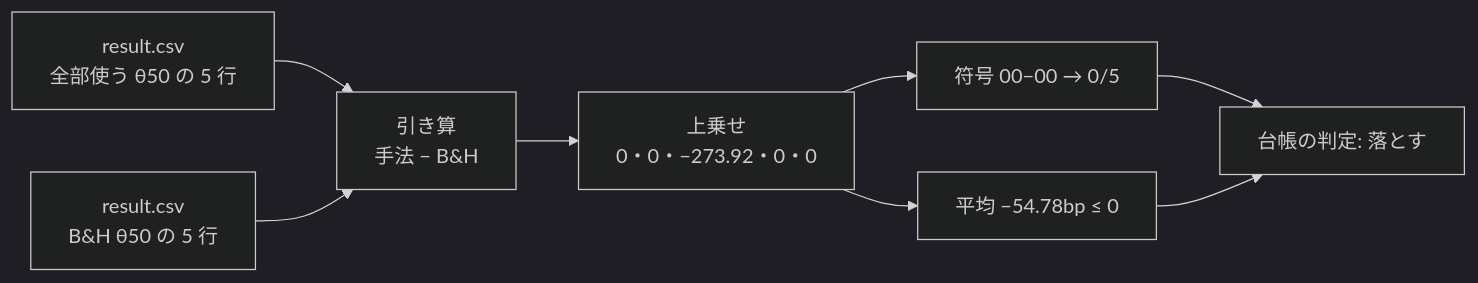
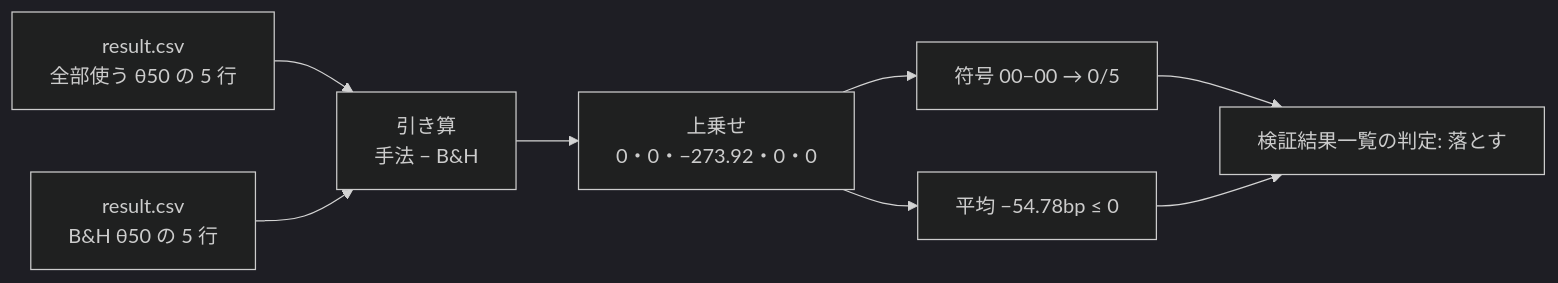
One commit to akiraak/ai-income-lab changed the eighth of 9 diagrams in docs/specs/experiments/feature-discovery/units.md. Above: the diagram before and after it, drawn with Mermaid (dark theme). The commit also changed other lines of this file and 52 other files, not shown here.

````diff
--- a/docs/specs/experiments/feature-discovery/units.md
+++ b/docs/specs/experiments/feature-discovery/units.md
@@ -278,10 +278,10 @@
 ```mermaid
 flowchart LR
   M["result.csv<br/>全部使う θ50 の 5 行"] --> SUB["引き算<br/>手法 − B&H"]
   B["result.csv<br/>B&H θ50 の 5 行"] --> SUB
   SUB --> E["上乗せ<br/>0・0・−273.92・0・0"]
   E --> S["符号 00−00 → 0/5"]
   E --> AVG["平均 −54.78bp ≤ 0"]
-  S --> J["台帳の判定: 落とす"]
+  S --> J["検証結果一覧の判定: 落とす"]
   AVG --> J
 ```
````
